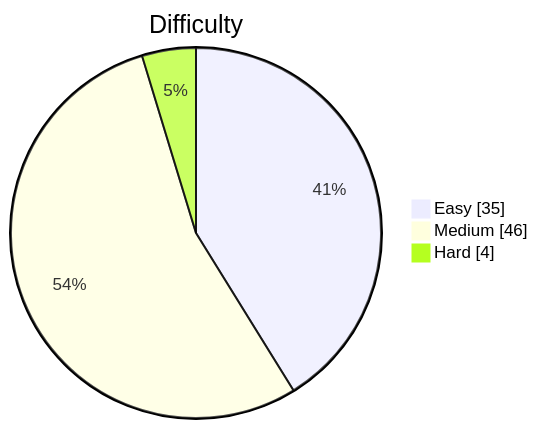
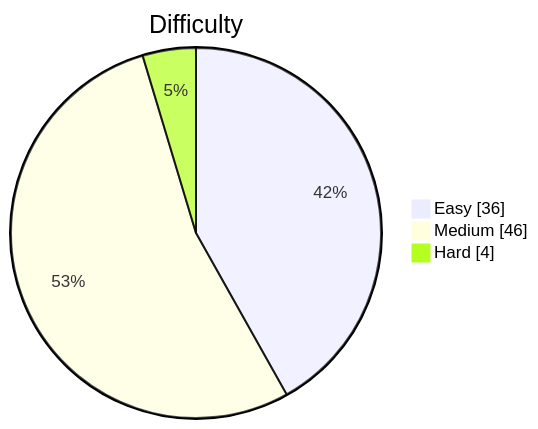
One commit to kevstevie/python-algo-practice changed the diagram in README.md. Above: the diagram before and after it, drawn with Mermaid. The commit also changed other lines of this file, not shown here.

````diff
--- a/README.md
+++ b/README.md
@@ -13,7 +13,7 @@
 ```mermaid
 pie showData
     title Difficulty
-    "Easy"   : 35
+    "Easy"   : 36
     "Medium" : 46
     "Hard"   : 4
 ```
````
